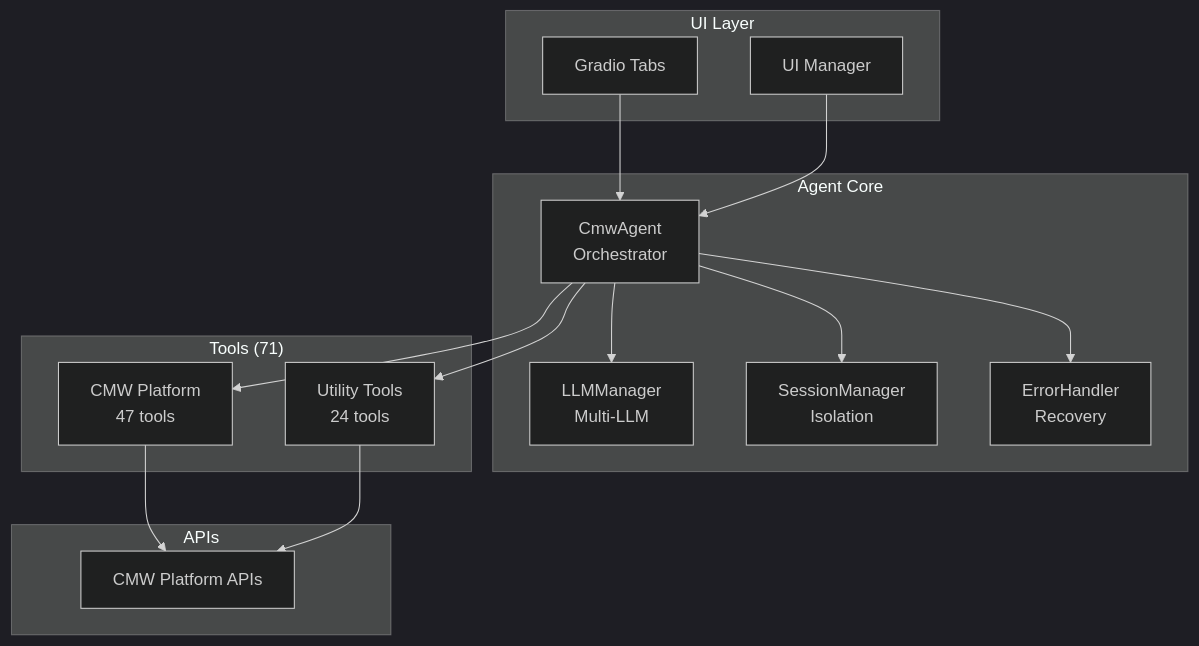
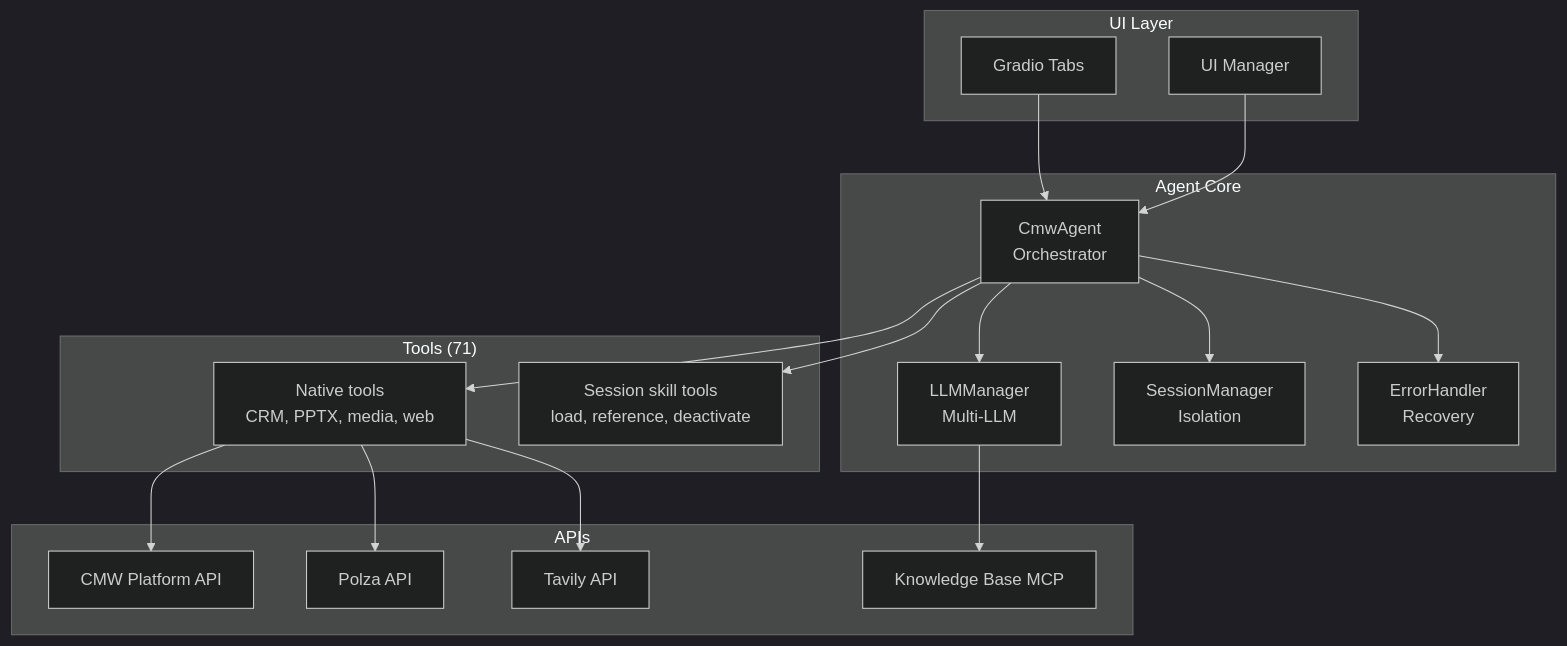
The diagram in README.md (cmw-team/cmw-platform-agent), drawn with Mermaid (dark theme) before and after one commit. The commit also changed other lines of this file and 2 other files, not shown here.

````diff
--- a/README.md
+++ b/README.md
@@ -54,33 +58,38 @@
 ```mermaid
 graph TD
     subgraph "UI Layer"
         A1[Gradio Tabs]
         A2[UI Manager]
     end
     
     subgraph "Agent Core"
         B1["CmwAgent<br/>Orchestrator"]
         B2["LLMManager<br/>Multi-LLM"]
         B3["SessionManager<br/>Isolation"]
         B4["ErrorHandler<br/>Recovery"]
     end
     
     subgraph "Tools (71)"
-        C1["CMW Platform<br/>47 tools"]
-        C2["Utility Tools<br/>24 tools"]
+        C1["Native tools<br/>CRM, PPTX, media, web"]
+        C2["Session skill tools<br/>load, reference, deactivate"]
     end
     
     subgraph "APIs"
-        D1["CMW Platform APIs"]
+        D1["CMW Platform API"]
+        D2["Polza API"]
+        D3["Tavily API"]
+        D4["Knowledge Base MCP"]
     end
     
     A1 --> B1
     A2 --> B1
     B1 --> B2
     B1 --> B3
     B1 --> B4
     B1 --> C1
     B1 --> C2
     C1 --> D1
-    C2 --> D1
+    C1 --> D2
+    C1 --> D3
+    B2 --> D4
 ```
````
